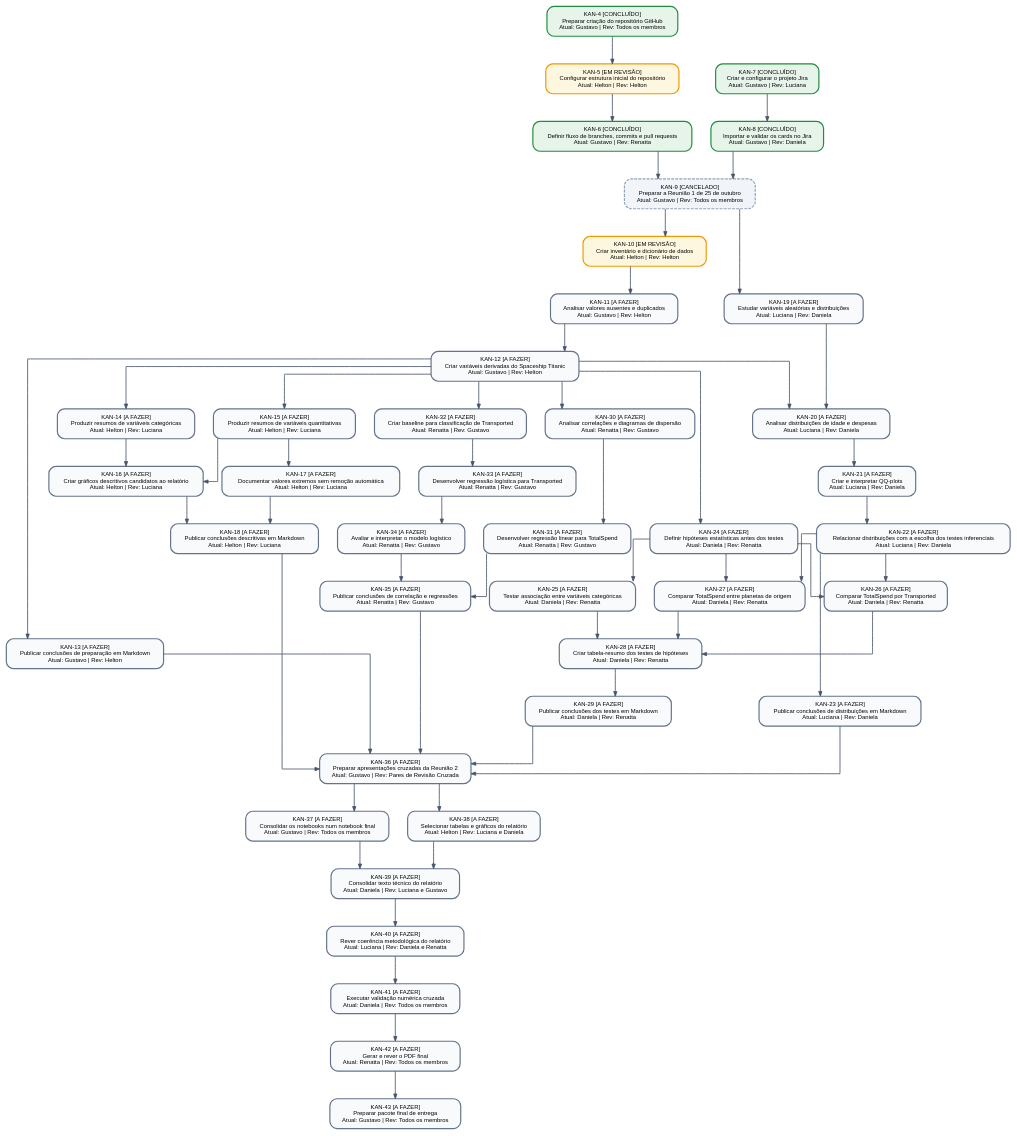
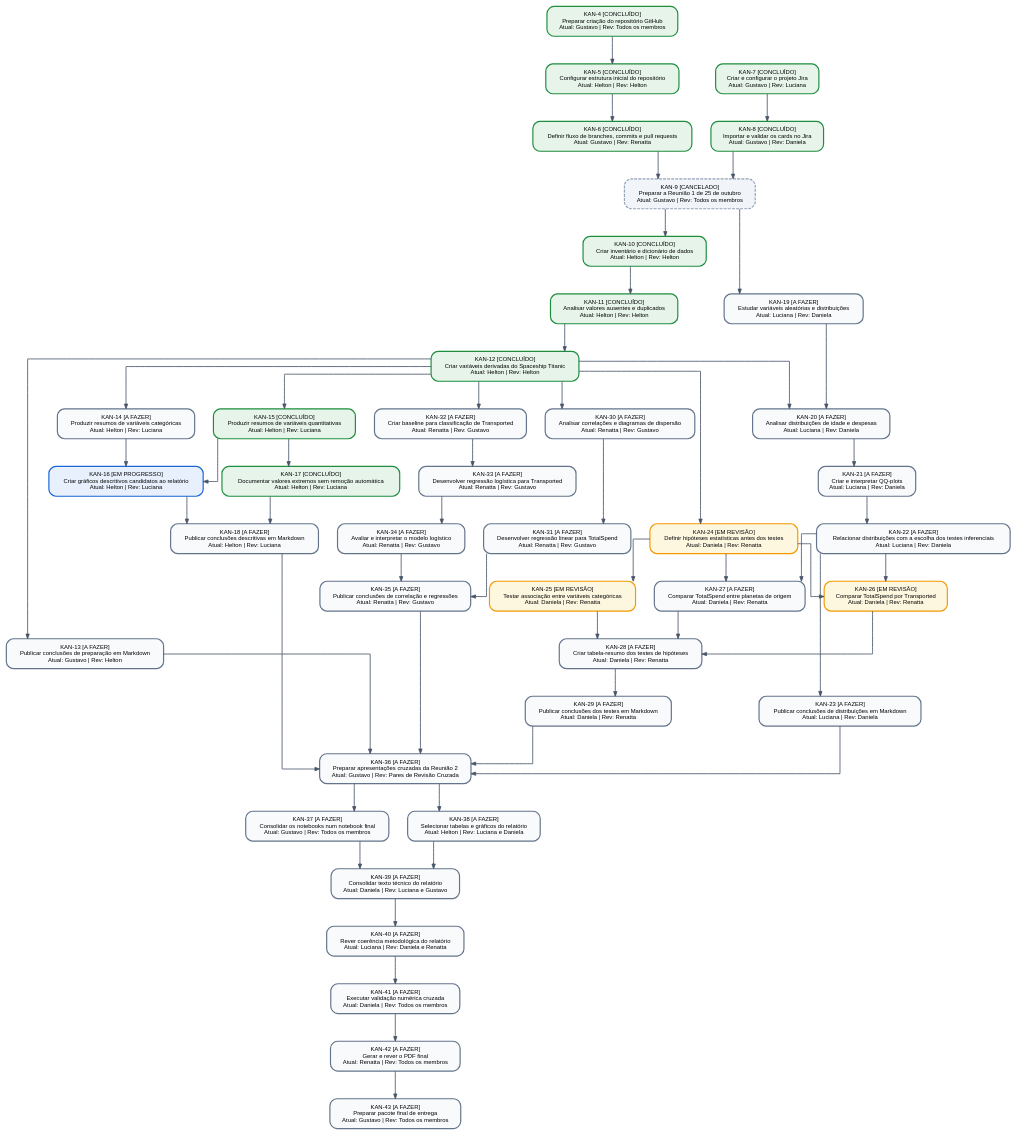
The diagram in docs/mapa_dependencias_jira.dot (gmenezesg/spaceship-titanic-estatistica-posdl), drawn with Graphviz before and after one commit. The commit also changed 4 other files, not shown here.

Commit message:
[KAN-26] Atualizar mapa visual de dependencias e estados do Jira (PNG, Mermaid, DOT e MD)

```diff
--- a/docs/mapa_dependencias_jira.dot
+++ b/docs/mapa_dependencias_jira.dot
@@ -1,103 +1,103 @@
 digraph JiraDependencyMap {
     rankdir=TB;
     splines=ortho;
     nodesep=0.45;
     ranksep=0.65;
     fontname="Helvetica";
     node [shape=box, style="rounded,filled", fontname="Helvetica", fontsize=10, margin="0.18,0.12", penwidth=2.0];
     edge [color="#475569", penwidth=1.4, arrowsize=0.8];
 
     "KAN-4" [label="KAN-4 [CONCLUÍDO]\nPreparar criação do repositório GitHub\nAtual: Gustavo | Rev: Todos os membros", fillcolor="#E6F4EA", color="#1E8E3E", style="rounded,filled"];
-    "KAN-5" [label="KAN-5 [EM REVISÃO]\nConfigurar estrutura inicial do repositório\nAtual: Helton | Rev: Helton", fillcolor="#FEF7E0", color="#F29900", style="rounded,filled"];
+    "KAN-5" [label="KAN-5 [CONCLUÍDO]\nConfigurar estrutura inicial do repositório\nAtual: Helton | Rev: Helton", fillcolor="#E6F4EA", color="#1E8E3E", style="rounded,filled"];
     "KAN-6" [label="KAN-6 [CONCLUÍDO]\nDefinir fluxo de branches, commits e pull requests\nAtual: Gustavo | Rev: Renatta", fillcolor="#E6F4EA", color="#1E8E3E", style="rounded,filled"];
     "KAN-7" [label="KAN-7 [CONCLUÍDO]\nCriar e configurar o projeto Jira\nAtual: Gustavo | Rev: Luciana", fillcolor="#E6F4EA", color="#1E8E3E", style="rounded,filled"];
     "KAN-8" [label="KAN-8 [CONCLUÍDO]\nImportar e validar os cards no Jira\nAtual: Gustavo | Rev: Daniela", fillcolor="#E6F4EA", color="#1E8E3E", style="rounded,filled"];
     "KAN-9" [label="KAN-9 [CANCELADO]\nPreparar a Reunião 1 de 25 de outubro\nAtual: Gustavo | Rev: Todos os membros", fillcolor="#F1F5F9", color="#94A3B8", style="rounded,filled,dashed"];
-    "KAN-10" [label="KAN-10 [EM REVISÃO]\nCriar inventário e dicionário de dados\nAtual: Helton | Rev: Helton", fillcolor="#FEF7E0", color="#F29900", style="rounded,filled"];
-    "KAN-11" [label="KAN-11 [A FAZER]\nAnalisar valores ausentes e duplicados\nAtual: Gustavo | Rev: Helton", fillcolor="#F8FAFC", color="#64748B", style="rounded,filled"];
-    "KAN-12" [label="KAN-12 [A FAZER]\nCriar variáveis derivadas do Spaceship Titanic\nAtual: Gustavo | Rev: Helton", fillcolor="#F8FAFC", color="#64748B", style="rounded,filled"];
+    "KAN-10" [label="KAN-10 [CONCLUÍDO]\nCriar inventário e dicionário de dados\nAtual: Helton | Rev: Helton", fillcolor="#E6F4EA", color="#1E8E3E", style="rounded,filled"];
+    "KAN-11" [label="KAN-11 [CONCLUÍDO]\nAnalisar valores ausentes e duplicados\nAtual: Helton | Rev: Helton", fillcolor="#E6F4EA", color="#1E8E3E", style="rounded,filled"];
+    "KAN-12" [label="KAN-12 [CONCLUÍDO]\nCriar variáveis derivadas do Spaceship Titanic\nAtual: Helton | Rev: Helton", fillcolor="#E6F4EA", color="#1E8E3E", style="rounded,filled"];
     "KAN-13" [label="KAN-13 [A FAZER]\nPublicar conclusões de preparação em Markdown\nAtual: Gustavo | Rev: Helton", fillcolor="#F8FAFC", color="#64748B", style="rounded,filled"];
     "KAN-14" [label="KAN-14 [A FAZER]\nProduzir resumos de variáveis categóricas\nAtual: Helton | Rev: Luciana", fillcolor="#F8FAFC", color="#64748B", style="rounded,filled"];
-    "KAN-15" [label="KAN-15 [A FAZER]\nProduzir resumos de variáveis quantitativas\nAtual: Helton | Rev: Luciana", fillcolor="#F8FAFC", color="#64748B", style="rounded,filled"];
-    "KAN-16" [label="KAN-16 [A FAZER]\nCriar gráficos descritivos candidatos ao relatório\nAtual: Helton | Rev: Luciana", fillcolor="#F8FAFC", color="#64748B", style="rounded,filled"];
-    "KAN-17" [label="KAN-17 [A FAZER]\nDocumentar valores extremos sem remoção automática\nAtual: Helton | Rev: Luciana", fillcolor="#F8FAFC", color="#64748B", style="rounded,filled"];
+    "KAN-15" [label="KAN-15 [CONCLUÍDO]\nProduzir resumos de variáveis quantitativas\nAtual: Helton | Rev: Luciana", fillcolor="#E6F4EA", color="#1E8E3E", style="rounded,filled"];
+    "KAN-16" [label="KAN-16 [EM PROGRESSO]\nCriar gráficos descritivos candidatos ao relatório\nAtual: Helton | Rev: Luciana", fillcolor="#E8F0FE", color="#1967D2", style="rounded,filled"];
+    "KAN-17" [label="KAN-17 [CONCLUÍDO]\nDocumentar valores extremos sem remoção automática\nAtual: Helton | Rev: Luciana", fillcolor="#E6F4EA", color="#1E8E3E", style="rounded,filled"];
     "KAN-18" [label="KAN-18 [A FAZER]\nPublicar conclusões descritivas em Markdown\nAtual: Helton | Rev: Luciana", fillcolor="#F8FAFC", color="#64748B", style="rounded,filled"];
     "KAN-19" [label="KAN-19 [A FAZER]\nEstudar variáveis aleatórias e distribuições\nAtual: Luciana | Rev: Daniela", fillcolor="#F8FAFC", color="#64748B", style="rounded,filled"];
     "KAN-20" [label="KAN-20 [A FAZER]\nAnalisar distribuições de idade e despesas\nAtual: Luciana | Rev: Daniela", fillcolor="#F8FAFC", color="#64748B", style="rounded,filled"];
     "KAN-21" [label="KAN-21 [A FAZER]\nCriar e interpretar QQ-plots\nAtual: Luciana | Rev: Daniela", fillcolor="#F8FAFC", color="#64748B", style="rounded,filled"];
     "KAN-22" [label="KAN-22 [A FAZER]\nRelacionar distribuições com a escolha dos testes inferenciais\nAtual: Luciana | Rev: Daniela", fillcolor="#F8FAFC", color="#64748B", style="rounded,filled"];
     "KAN-23" [label="KAN-23 [A FAZER]\nPublicar conclusões de distribuições em Markdown\nAtual: Luciana | Rev: Daniela", fillcolor="#F8FAFC", color="#64748B", style="rounded,filled"];
-    "KAN-24" [label="KAN-24 [A FAZER]\nDefinir hipóteses estatísticas antes dos testes\nAtual: Daniela | Rev: Renatta", fillcolor="#F8FAFC", color="#64748B", style="rounded,filled"];
-    "KAN-25" [label="KAN-25 [A FAZER]\nTestar associação entre variáveis categóricas\nAtual: Daniela | Rev: Renatta", fillcolor="#F8FAFC", color="#64748B", style="rounded,filled"];
-    "KAN-26" [label="KAN-26 [A FAZER]\nComparar TotalSpend por Transported\nAtual: Daniela | Rev: Renatta", fillcolor="#F8FAFC", color="#64748B", style="rounded,filled"];
+    "KAN-24" [label="KAN-24 [EM REVISÃO]\nDefinir hipóteses estatísticas antes dos testes\nAtual: Daniela | Rev: Renatta", fillcolor="#FEF7E0", color="#F29900", style="rounded,filled"];
+    "KAN-25" [label="KAN-25 [EM REVISÃO]\nTestar associação entre variáveis categóricas\nAtual: Daniela | Rev: Renatta", fillcolor="#FEF7E0", color="#F29900", style="rounded,filled"];
+    "KAN-26" [label="KAN-26 [EM REVISÃO]\nComparar TotalSpend por Transported\nAtual: Daniela | Rev: Renatta", fillcolor="#FEF7E0", color="#F29900", style="rounded,filled"];
     "KAN-27" [label="KAN-27 [A FAZER]\nComparar TotalSpend entre planetas de origem\nAtual: Daniela | Rev: Renatta", fillcolor="#F8FAFC", color="#64748B", style="rounded,filled"];
     "KAN-28" [label="KAN-28 [A FAZER]\nCriar tabela-resumo dos testes de hipóteses\nAtual: Daniela | Rev: Renatta", fillcolor="#F8FAFC", color="#64748B", style="rounded,filled"];
     "KAN-29" [label="KAN-29 [A FAZER]\nPublicar conclusões dos testes em Markdown\nAtual: Daniela | Rev: Renatta", fillcolor="#F8FAFC", color="#64748B", style="rounded,filled"];
     "KAN-30" [label="KAN-30 [A FAZER]\nAnalisar correlações e diagramas de dispersão\nAtual: Renatta | Rev: Gustavo", fillcolor="#F8FAFC", color="#64748B", style="rounded,filled"];
     "KAN-31" [label="KAN-31 [A FAZER]\nDesenvolver regressão linear para TotalSpend\nAtual: Renatta | Rev: Gustavo", fillcolor="#F8FAFC", color="#64748B", style="rounded,filled"];
     "KAN-32" [label="KAN-32 [A FAZER]\nCriar baseline para classificação de Transported\nAtual: Renatta | Rev: Gustavo", fillcolor="#F8FAFC", color="#64748B", style="rounded,filled"];
     "KAN-33" [label="KAN-33 [A FAZER]\nDesenvolver regressão logística para Transported\nAtual: Renatta | Rev: Gustavo", fillcolor="#F8FAFC", color="#64748B", style="rounded,filled"];
     "KAN-34" [label="KAN-34 [A FAZER]\nAvaliar e interpretar o modelo logístico\nAtual: Renatta | Rev: Gustavo", fillcolor="#F8FAFC", color="#64748B", style="rounded,filled"];
     "KAN-35" [label="KAN-35 [A FAZER]\nPublicar conclusões de correlação e regressões\nAtual: Renatta | Rev: Gustavo", fillcolor="#F8FAFC", color="#64748B", style="rounded,filled"];
     "KAN-36" [label="KAN-36 [A FAZER]\nPreparar apresentações cruzadas da Reunião 2\nAtual: Gustavo | Rev: Pares de Revisão Cruzada", fillcolor="#F8FAFC", color="#64748B", style="rounded,filled"];
     "KAN-37" [label="KAN-37 [A FAZER]\nConsolidar os notebooks num notebook final\nAtual: Gustavo | Rev: Todos os membros", fillcolor="#F8FAFC", color="#64748B", style="rounded,filled"];
     "KAN-38" [label="KAN-38 [A FAZER]\nSelecionar tabelas e gráficos do relatório\nAtual: Helton | Rev: Luciana e Daniela", fillcolor="#F8FAFC", color="#64748B", style="rounded,filled"];
     "KAN-39" [label="KAN-39 [A FAZER]\nConsolidar texto técnico do relatório\nAtual: Daniela | Rev: Luciana e Gustavo", fillcolor="#F8FAFC", color="#64748B", style="rounded,filled"];
     "KAN-40" [label="KAN-40 [A FAZER]\nRever coerência metodológica do relatório\nAtual: Luciana | Rev: Daniela e Renatta", fillcolor="#F8FAFC", color="#64748B", style="rounded,filled"];
     "KAN-41" [label="KAN-41 [A FAZER]\nExecutar validação numérica cruzada\nAtual: Daniela | Rev: Todos os membros", fillcolor="#F8FAFC", color="#64748B", style="rounded,filled"];
     "KAN-42" [label="KAN-42 [A FAZER]\nGerar e rever o PDF final\nAtual: Renatta | Rev: Todos os membros", fillcolor="#F8FAFC", color="#64748B", style="rounded,filled"];
     "KAN-43" [label="KAN-43 [A FAZER]\nPreparar pacote final de entrega\nAtual: Gustavo | Rev: Todos os membros", fillcolor="#F8FAFC", color="#64748B", style="rounded,filled"];
 
     "KAN-4" -> "KAN-5";
     "KAN-5" -> "KAN-6";
     "KAN-7" -> "KAN-8";
     "KAN-6" -> "KAN-9";
     "KAN-8" -> "KAN-9";
     "KAN-9" -> "KAN-10";
     "KAN-10" -> "KAN-11";
     "KAN-11" -> "KAN-12";
     "KAN-12" -> "KAN-13";
     "KAN-12" -> "KAN-14";
     "KAN-12" -> "KAN-15";
     "KAN-14" -> "KAN-16";
     "KAN-15" -> "KAN-16";
     "KAN-15" -> "KAN-17";
     "KAN-16" -> "KAN-18";
     "KAN-17" -> "KAN-18";
     "KAN-9" -> "KAN-19";
     "KAN-12" -> "KAN-20";
     "KAN-19" -> "KAN-20";
     "KAN-20" -> "KAN-21";
     "KAN-21" -> "KAN-22";
     "KAN-22" -> "KAN-23";
     "KAN-12" -> "KAN-24";
     "KAN-24" -> "KAN-25";
     "KAN-22" -> "KAN-26";
     "KAN-24" -> "KAN-26";
     "KAN-22" -> "KAN-27";
     "KAN-24" -> "KAN-27";
     "KAN-25" -> "KAN-28";
     "KAN-26" -> "KAN-28";
     "KAN-27" -> "KAN-28";
     "KAN-28" -> "KAN-29";
     "KAN-12" -> "KAN-30";
     "KAN-30" -> "KAN-31";
     "KAN-12" -> "KAN-32";
     "KAN-32" -> "KAN-33";
     "KAN-33" -> "KAN-34";
     "KAN-34" -> "KAN-35";
     "KAN-31" -> "KAN-35";
     "KAN-13" -> "KAN-36";
     "KAN-18" -> "KAN-36";
     "KAN-23" -> "KAN-36";
     "KAN-29" -> "KAN-36";
     "KAN-35" -> "KAN-36";
     "KAN-36" -> "KAN-37";
     "KAN-36" -> "KAN-38";
     "KAN-37" -> "KAN-39";
     "KAN-38" -> "KAN-39";
     "KAN-39" -> "KAN-40";
     "KAN-40" -> "KAN-41";
     "KAN-41" -> "KAN-42";
     "KAN-42" -> "KAN-43";
 }
```
